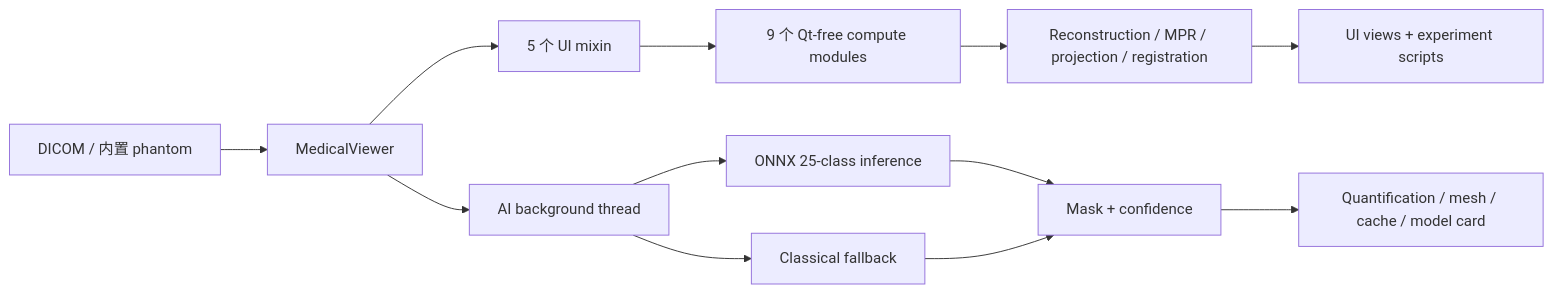
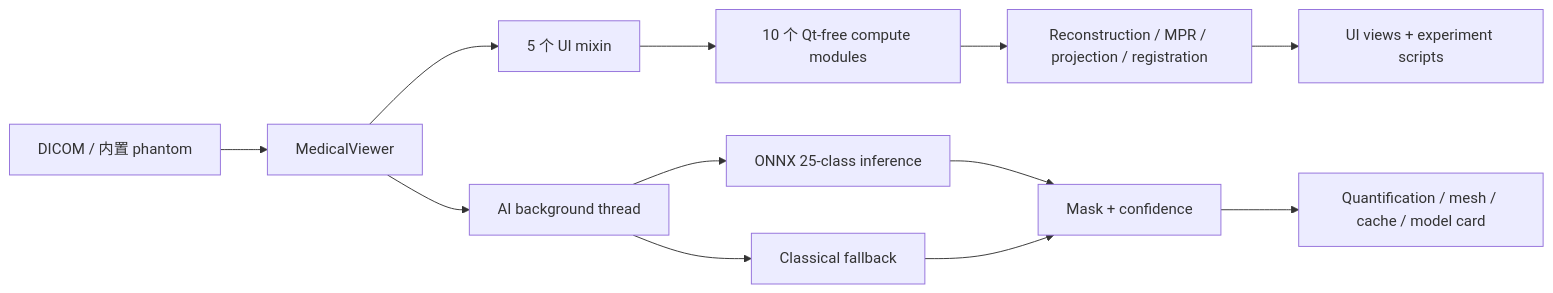
One commit to sunce764/medical-imaging-workstation changed the diagram in docs/project_report_zh.md. Above: the diagram before and after it, drawn with Mermaid. The commit also changed other lines of this file and 17 other files, not shown here.

````diff
--- a/docs/project_report_zh.md
+++ b/docs/project_report_zh.md
@@ -127,14 +129,14 @@
 ```mermaid
 flowchart LR
     A[DICOM / 内置 phantom] --> B[MedicalViewer]
     B --> C[5 个 UI mixin]
     B --> D[AI background thread]
-    C --> E[9 个 Qt-free compute modules]
+    C --> E[10 个 Qt-free compute modules]
     D --> F[ONNX 25-class inference]
     D --> G[Classical fallback]
     F --> H[Mask + confidence]
     G --> H
     H --> I[Quantification / mesh / cache / model card]
     E --> J[Reconstruction / MPR / projection / registration]
     J --> K[UI views + experiment scripts]
 ```
````
